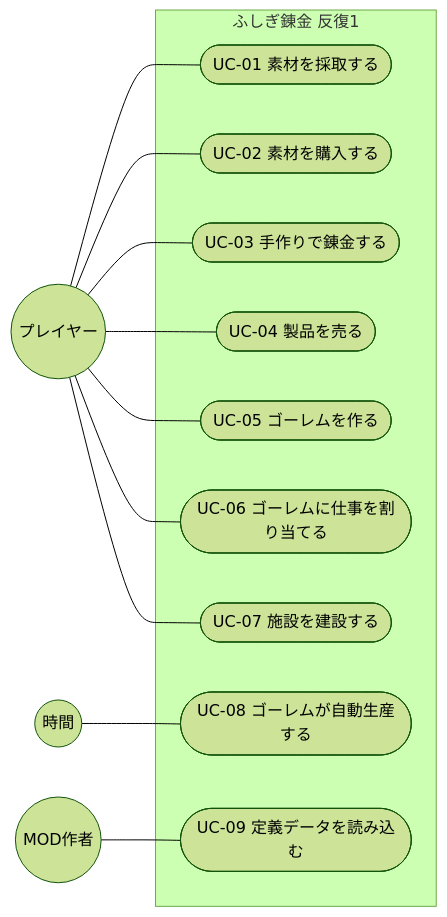
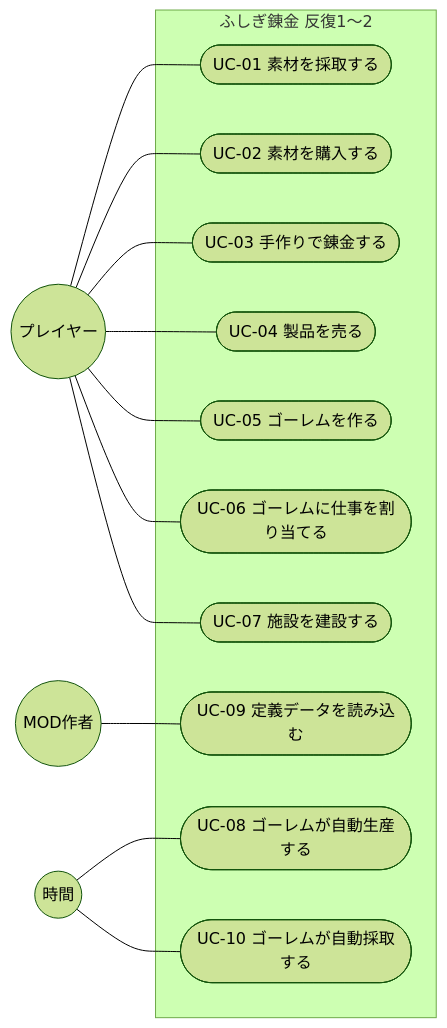
The diagram in docs/02_requirements/use-cases.md (sakana396/fushigi_renkin), drawn with Mermaid (forest theme) before and after one commit. The commit also changed other lines of this file and 5 other files, not shown here.

````diff
--- a/docs/02_requirements/use-cases.md
+++ b/docs/02_requirements/use-cases.md
@@ -18,26 +18,28 @@
 ```mermaid
 flowchart LR
   P((プレイヤー))
   M((MOD作者))
   T((時間))
-  subgraph ふしぎ錬金[ふしぎ錬金 反復1]
+  subgraph ふしぎ錬金[ふしぎ錬金 反復1〜2]
     UC01([UC-01 素材を採取する])
     UC02([UC-02 素材を購入する])
     UC03([UC-03 手作りで錬金する])
     UC04([UC-04 製品を売る])
     UC05([UC-05 ゴーレムを作る])
     UC06([UC-06 ゴーレムに仕事を割り当てる])
     UC07([UC-07 施設を建設する])
     UC08([UC-08 ゴーレムが自動生産する])
     UC09([UC-09 定義データを読み込む])
+    UC10([UC-10 ゴーレムが自動採取する])
   end
   P --- UC01
   P --- UC02
   P --- UC03
   P --- UC04
   P --- UC05
   P --- UC06
   P --- UC07
   T --- UC08
+  T --- UC10
   M --- UC09
 ```
````
